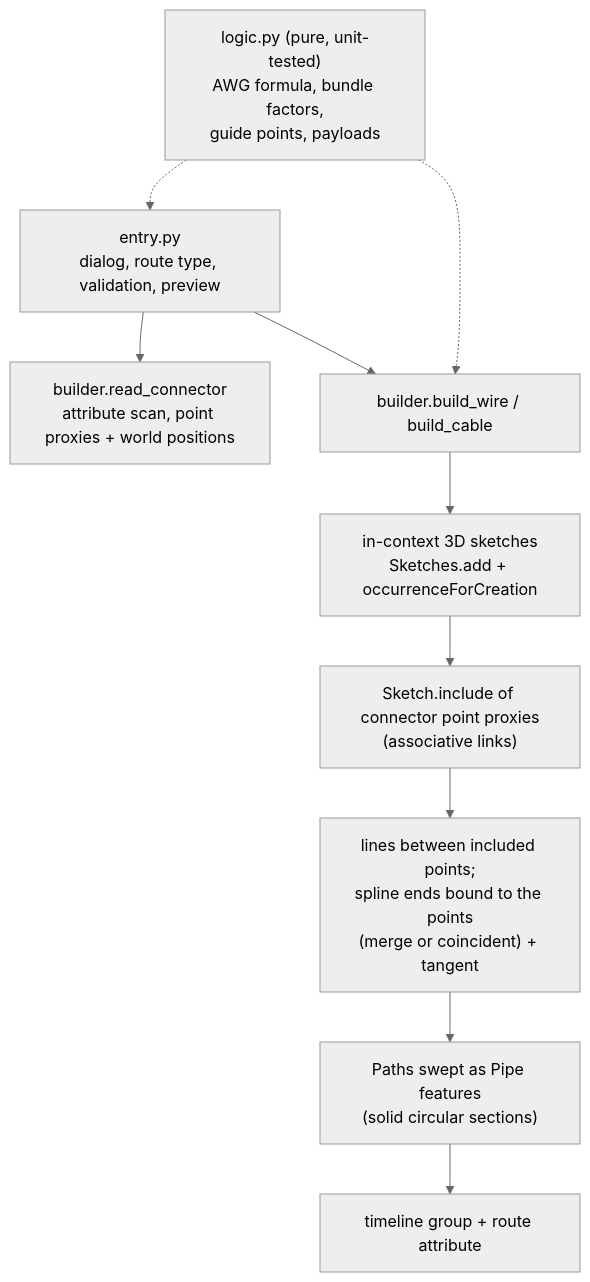
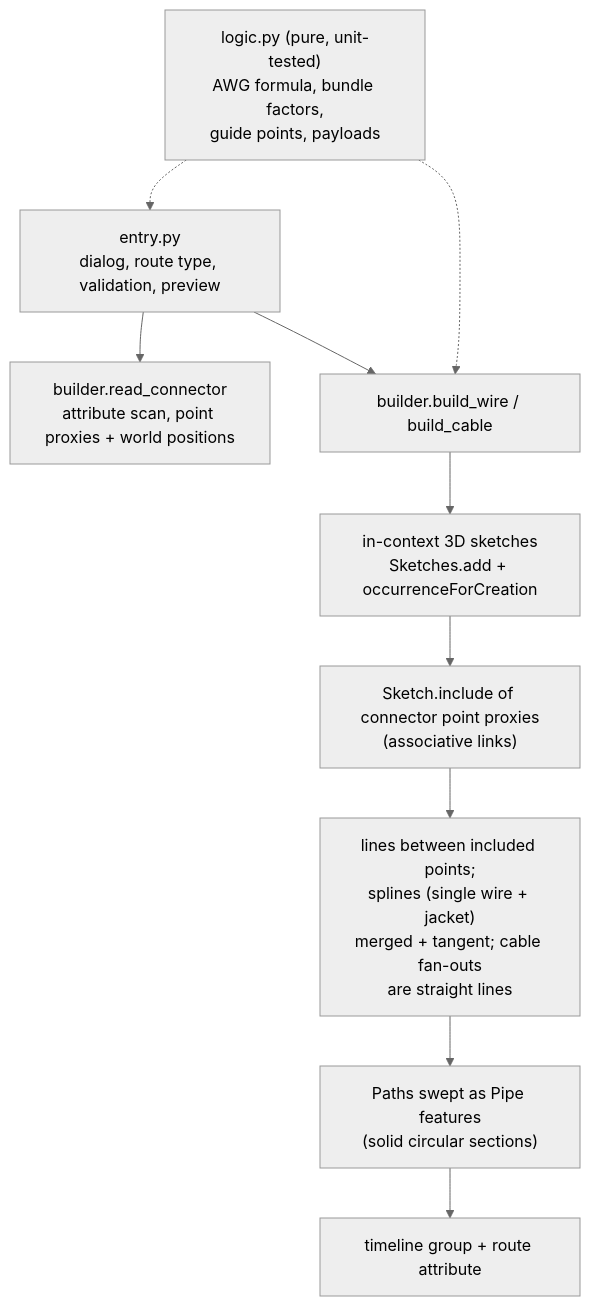
One commit to schneik80/PowerTools changed the diagram in docs/arch/Route Wire.md. Above: the diagram before and after it, drawn with Mermaid (neutral theme). The commit also changed other lines of this file and 5 other files, not shown here.

First line of the commit message:
feat: cable fan-outs are straight lines between the included points

````diff
--- a/docs/arch/Route Wire.md
+++ b/docs/arch/Route Wire.md
@@ -16,12 +16,12 @@
 ```mermaid
 flowchart TD
     E["entry.py<br/>dialog, route type, validation, preview"] --> RC["builder.read_connector<br/>attribute scan, point proxies + world positions"]
     E --> B["builder.build_wire / build_cable"]
     B --> S["in-context 3D sketches<br/>Sketches.add + occurrenceForCreation"]
     S --> I["Sketch.include of connector point proxies<br/>(associative links)"]
-    I --> C["lines between included points;<br/>spline ends bound to the points<br/>(merge or coincident) + tangent"]
+    I --> C["lines between included points;<br/>splines (single wire + jacket)<br/>merged + tangent; cable fan-outs<br/>are straight lines"]
     C --> P["Paths swept as Pipe features<br/>(solid circular sections)"]
     P --> T["timeline group + route attribute"]
     L["logic.py (pure, unit-tested)<br/>AWG formula, bundle factors,<br/>guide points, payloads"] -.-> E
     L -.-> B
 ```
````
